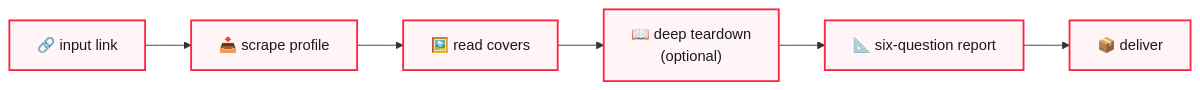
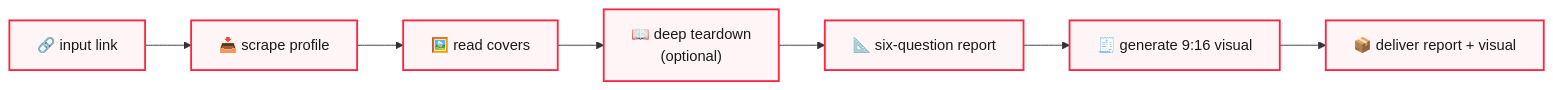
One commit to chenjin-cmd/xhs-account-teardown changed the diagram in README_EN.md. Above: the diagram before and after it, drawn with Mermaid. The commit also changed other lines of this file and 3 other files, not shown here.

````diff
--- a/README_EN.md
+++ b/README_EN.md
@@ -103,10 +105,11 @@
 ```mermaid
 flowchart LR
   A["🔗 input link"] --> B["📥 scrape profile"]
   B --> C["🖼️ read covers"]
   C --> D["📖 deep teardown<br/>(optional)"]
   D --> E["📐 six-question report"]
-  E --> F["📦 deliver"]
+  E --> F["🧾 generate 9:16 visual"]
+  F --> G["📦 deliver report + visual"]
   classDef r fill:#fff5f6,stroke:#FF2442,stroke-width:2px,color:#1a1a1a;
-  class A,B,C,D,E,F r;
+  class A,B,C,D,E,F,G r;
 ```
````
